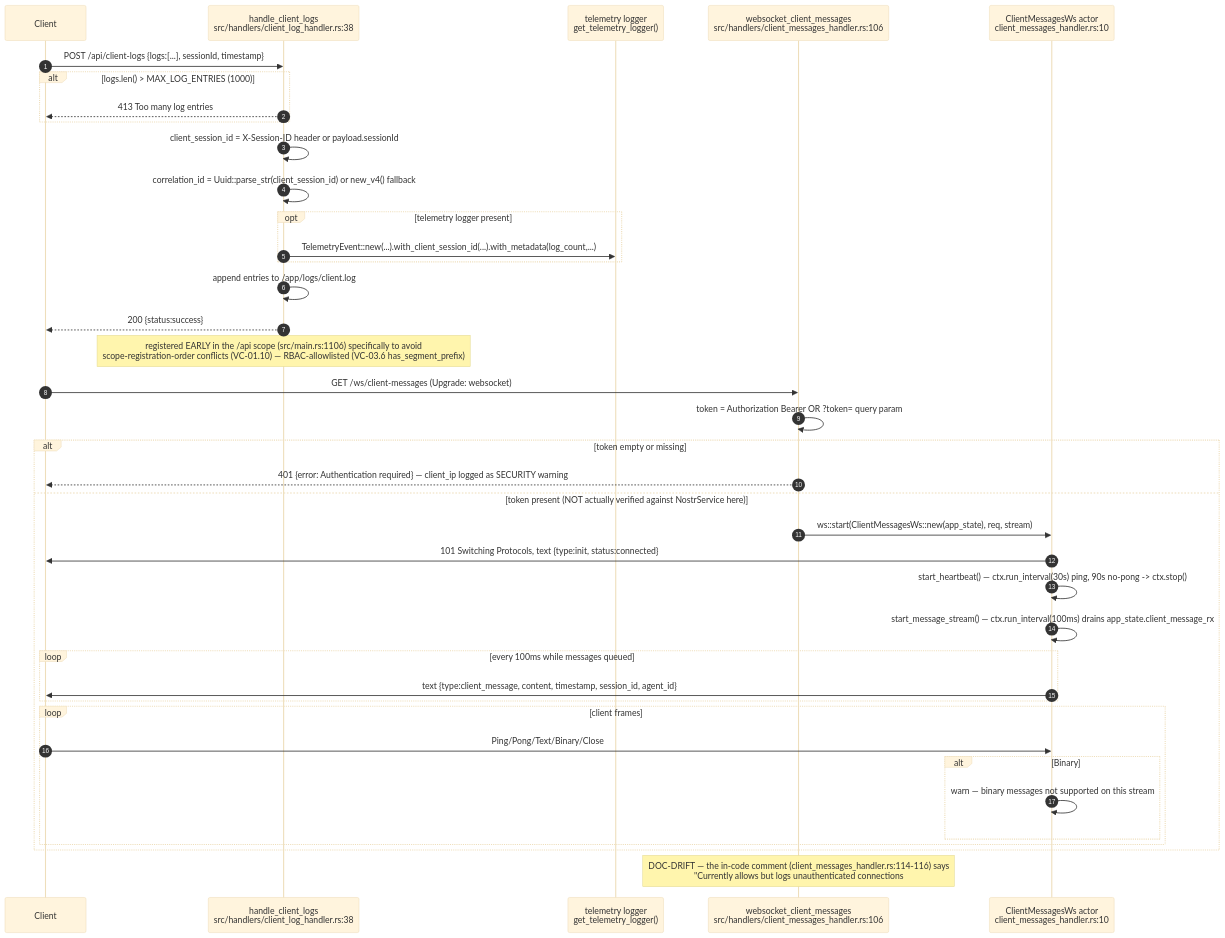
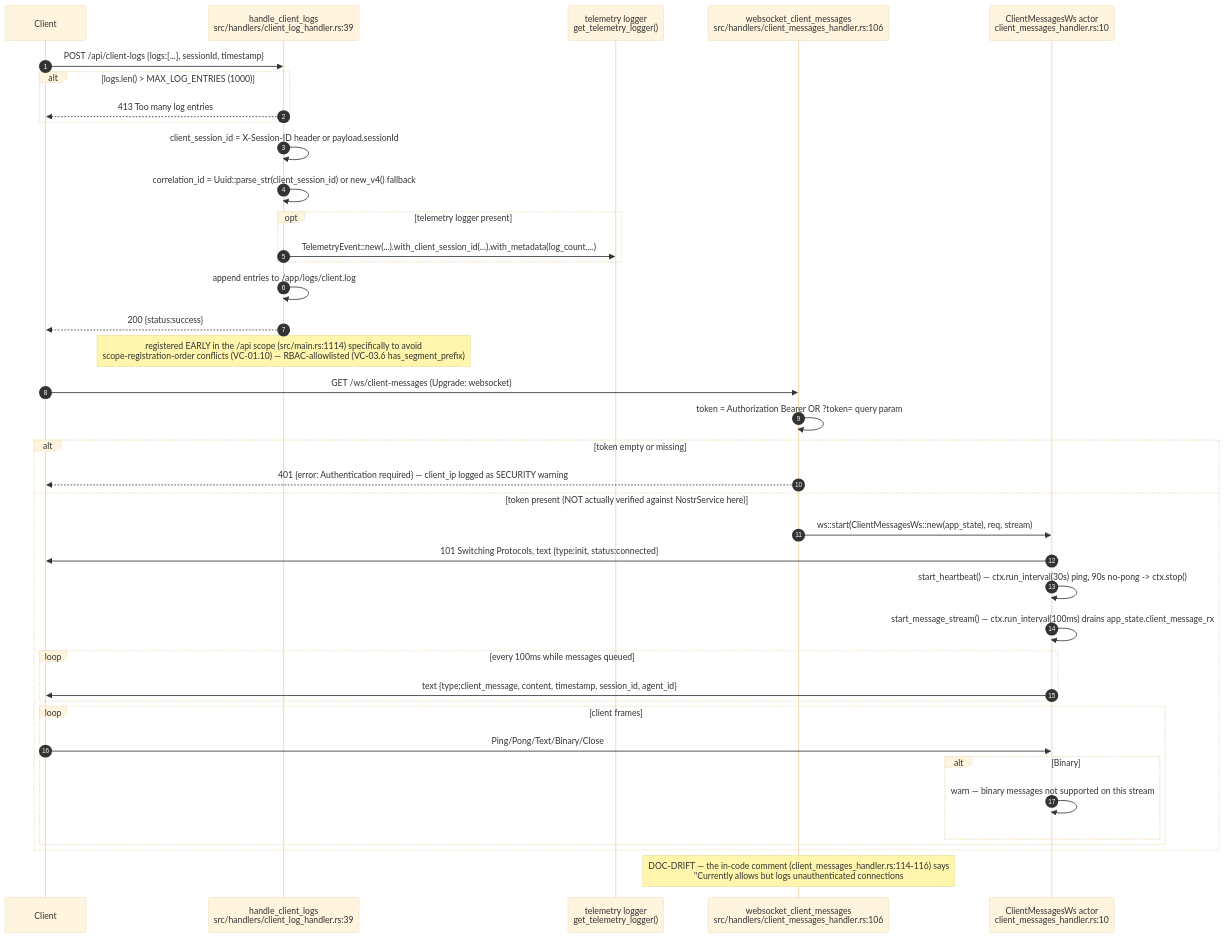
Before and after one commit to DreamLab-AI/VisionFlow: diagram 21 of 23 in docs/diagrams/visionclaw/04-handlers-graph-and-state.md, drawn with Mermaid (base theme). The commit also changed other lines of this file and 4 other files, not shown here.

Commit message:
docs(diagrams): visionclaw 01 and 04 after the graph_state_handler removal

````diff
--- a/docs/diagrams/visionclaw/04-handlers-graph-and-state.md
+++ b/docs/diagrams/visionclaw/04-handlers-graph-and-state.md
@@ -972,43 +938,43 @@
 ```mermaid
 sequenceDiagram
     autonumber
     participant C as Client
-    participant CL as handle_client_logs<br/>src/handlers/client_log_handler.rs:38
+    participant CL as handle_client_logs<br/>src/handlers/client_log_handler.rs:39
     participant TL as telemetry logger<br/>get_telemetry_logger()
     participant WS as websocket_client_messages<br/>src/handlers/client_messages_handler.rs:106
     participant CW as ClientMessagesWs actor<br/>client_messages_handler.rs:10
 
     C->>CL: POST /api/client-logs {logs:[...], sessionId, timestamp}
     alt logs.len() > MAX_LOG_ENTRIES (1000)
         CL-->>C: 413 Too many log entries
     end
     CL->>CL: client_session_id = X-Session-ID header or payload.sessionId
     CL->>CL: correlation_id = Uuid::parse_str(client_session_id) or new_v4() fallback
     opt telemetry logger present
         CL->>TL: TelemetryEvent::new(...).with_client_session_id(...).with_metadata(log_count,...)
     end
     CL->>CL: append entries to /app/logs/client.log
     CL-->>C: 200 {status:success}
-    Note over CL: registered EARLY in the /api scope (src/main.rs:1106) specifically to avoid<br/>scope-registration-order conflicts (VC-01.10) — RBAC-allowlisted (VC-03.6 has_segment_prefix)
+    Note over CL: registered EARLY in the /api scope (src/main.rs:1114) specifically to avoid<br/>scope-registration-order conflicts (VC-01.10) — RBAC-allowlisted (VC-03.6 has_segment_prefix)
 
     C->>WS: GET /ws/client-messages (Upgrade: websocket)
     WS->>WS: token = Authorization Bearer OR ?token= query param
     alt token empty or missing
         WS-->>C: 401 {error: Authentication required} — client_ip logged as SECURITY warning
     else token present (NOT actually verified against NostrService here)
         WS->>CW: ws::start(ClientMessagesWs::new(app_state), req, stream)
         CW->>C: 101 Switching Protocols, text {type:init, status:connected}
         CW->>CW: start_heartbeat() — ctx.run_interval(30s) ping, 90s no-pong -> ctx.stop()
         CW->>CW: start_message_stream() — ctx.run_interval(100ms) drains app_state.client_message_rx
         loop every 100ms while messages queued
             CW->>C: text {type:client_message, content, timestamp, session_id, agent_id}
         end
         loop client frames
             C->>CW: Ping/Pong/Text/Binary/Close
             alt Binary
                 CW->>CW: warn — binary messages not supported on this stream
             end
         end
     end
     Note over WS: DOC-DRIFT — the in-code comment (client_messages_handler.rs:114-116) says<br/>#quot;Currently allows but logs unauthenticated connections#quot but the code (:131-142)<br/>actually REJECTS an empty token with 401 — the token's CONTENTS are never verified<br/>against NostrService, only its presence, so any non-empty string passes
 ```
````
